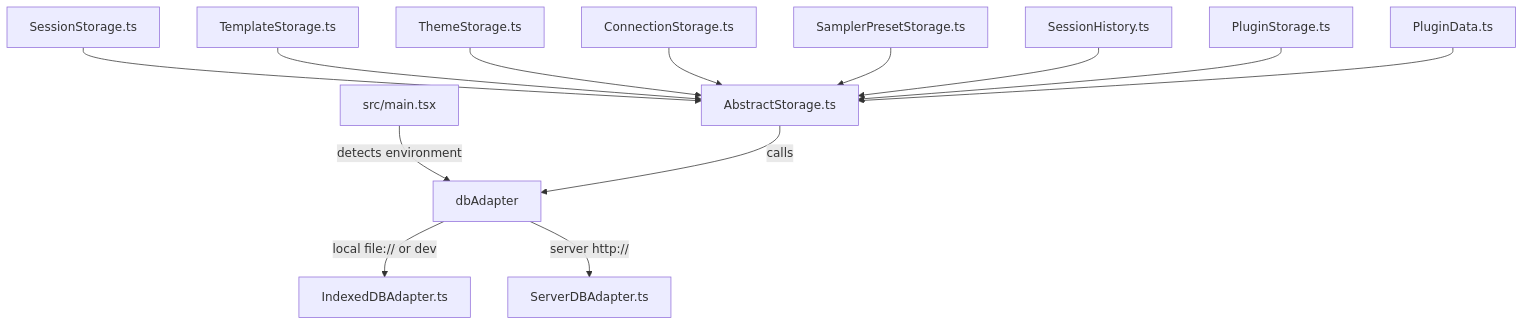
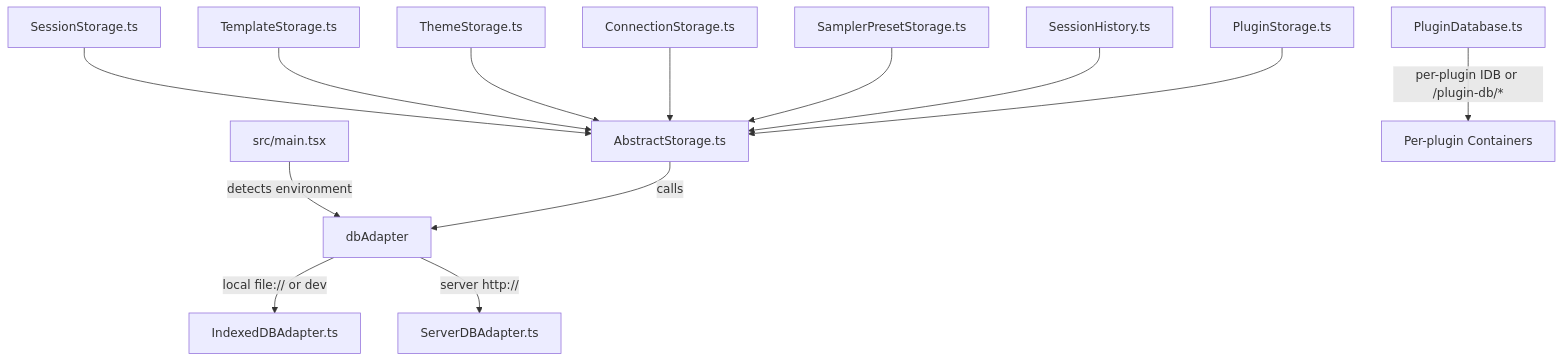
The diagram in docs/architecture.md (LordFoogThe4rd/miyapad), drawn with Mermaid before and after one commit. The commit also changed other lines of this file and 32 other files, not shown here.

Commit message:
feat(plugins): isolate plugin storage in per-plugin containers, backups, and data reset

````diff
--- a/docs/architecture.md
+++ b/docs/architecture.md
@@ -7,15 +7,15 @@
 ```mermaid
 graph TD
     App[src/main.tsx] -->|detects environment| DBAdapter[dbAdapter]
     DBAdapter -->|local file:// or dev| IndexedDBAdapter[IndexedDBAdapter.ts]
     DBAdapter -->|server http://| ServerDBAdapter[ServerDBAdapter.ts]
     SessionStorage[SessionStorage.ts] --> AbstractStorage[AbstractStorage.ts]
     TemplateStorage[TemplateStorage.ts] --> AbstractStorage
     ThemeStorage[ThemeStorage.ts] --> AbstractStorage
     ConnectionStorage[ConnectionStorage.ts] --> AbstractStorage
     SamplerPresetStorage[SamplerPresetStorage.ts] --> AbstractStorage
     SessionHistory[SessionHistory.ts] --> AbstractStorage
     PluginStorage[PluginStorage.ts] --> AbstractStorage
-    PluginData[PluginData.ts] --> AbstractStorage
     AbstractStorage -->|calls| DBAdapter
+    PluginDatabase[PluginDatabase.ts] -->|per-plugin IDB or /plugin-db/*| PluginContainers[Per-plugin Containers]
 ```
````
